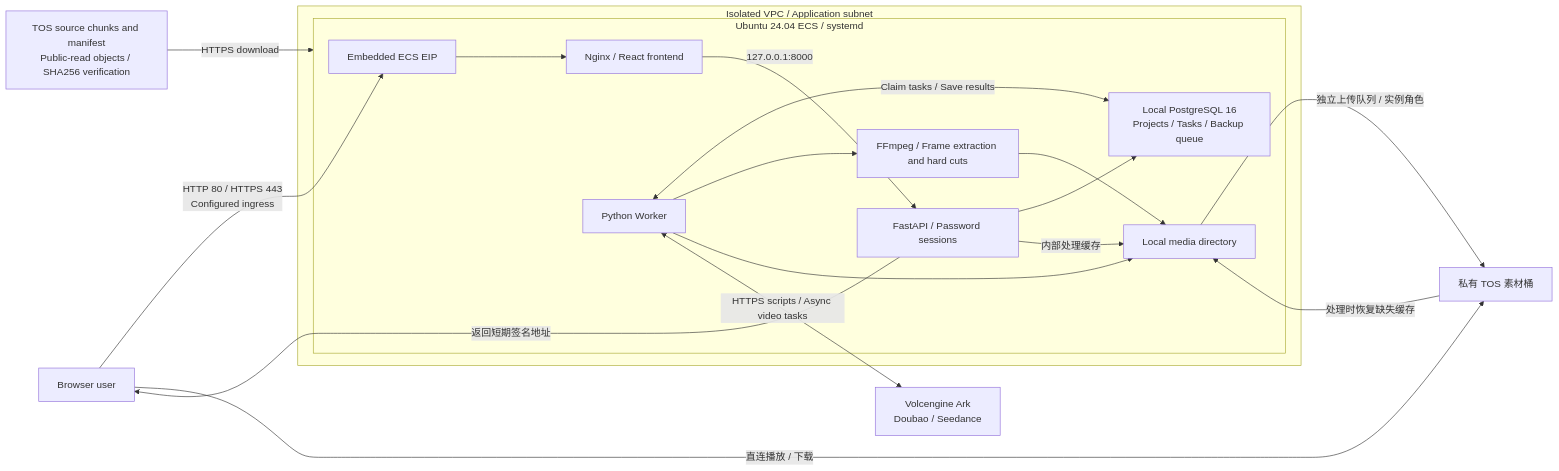
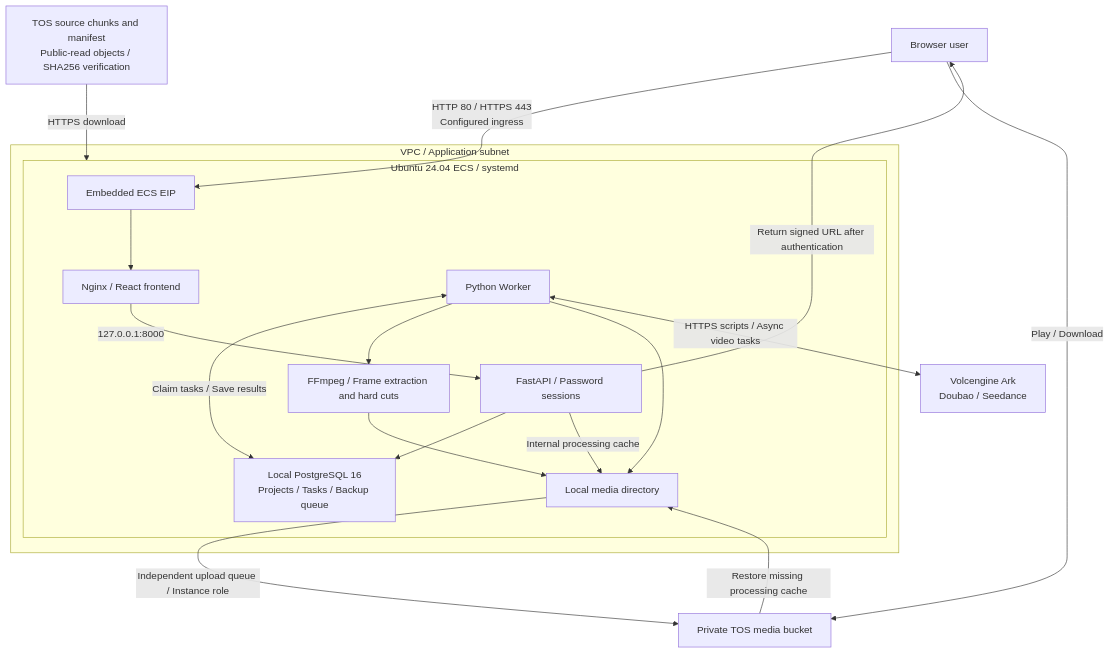
The diagram in README.md (terraform-volcenginecc-modules/terraform-volcenginecc-ai-script-video-agent), drawn with Mermaid before and after one commit. The commit also changed other lines of this file and 9 other files, not shown here.

````diff
--- a/README.md
+++ b/README.md
@@ -26,22 +24,22 @@
 ```mermaid
-flowchart LR
+flowchart TB
   User["Browser user"] -->|"HTTP 80 / HTTPS 443<br/>Configured ingress"| EIP["Embedded ECS EIP"]
-  subgraph VPC["Isolated VPC / Application subnet"]
+  subgraph VPC["VPC / Application subnet"]
     subgraph ECS["Ubuntu 24.04 ECS / systemd"]
       EIP --> Nginx["Nginx / React frontend"]
       Nginx -->|"127.0.0.1:8000"| API["FastAPI / Password sessions"]
       API --> PG["Local PostgreSQL 16<br/>Projects / Tasks / Backup queue"]
       Worker["Python Worker"] <-->|"Claim tasks / Save results"| PG
       Worker --> FFmpeg["FFmpeg / Frame extraction and hard cuts"]
       FFmpeg --> Media["Local media directory"]
       Worker --> Media
-      API -->|"内部处理缓存"| Media
+      API -->|"Internal processing cache"| Media
     end
   end
   Worker <-->|"HTTPS scripts / Async video tasks"| Ark["Volcengine Ark<br/>Doubao / Seedance"]
-  Media -->|"独立上传队列 / 实例角色"| TOS["私有 TOS 素材桶"]
-  API -->|"返回短期签名地址"| User
-  User -->|"直连播放 / 下载"| TOS
-  TOS -->|"处理时恢复缺失缓存"| Media
+  Media -->|"Independent upload queue / Instance role"| TOS["Private TOS media bucket"]
+  API -->|"Return signed URL after authentication"| User
+  User -->|"Play / Download"| TOS
+  TOS -->|"Restore missing processing cache"| Media
   Source["TOS source chunks and manifest<br/>Public-read objects / SHA256 verification"] -->|"HTTPS download"| ECS
 ```
````
